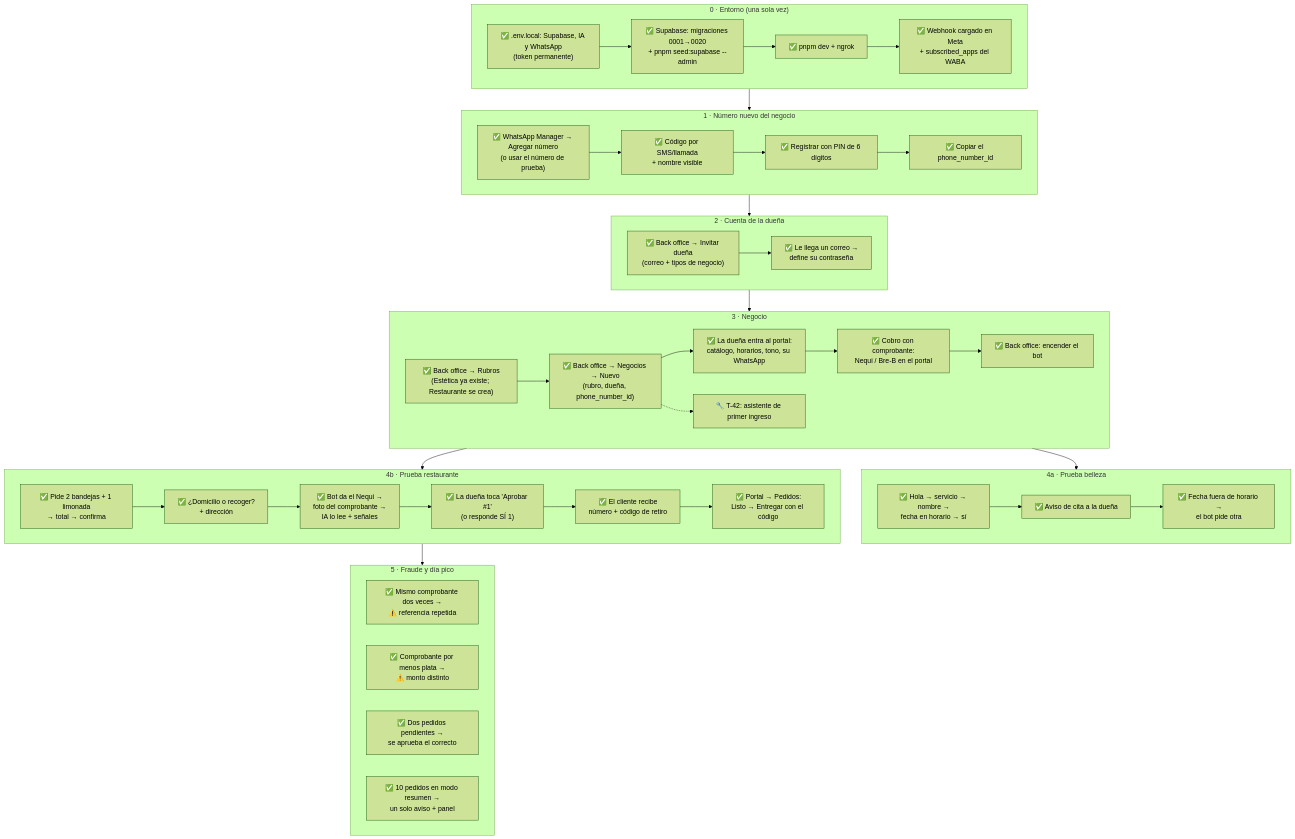
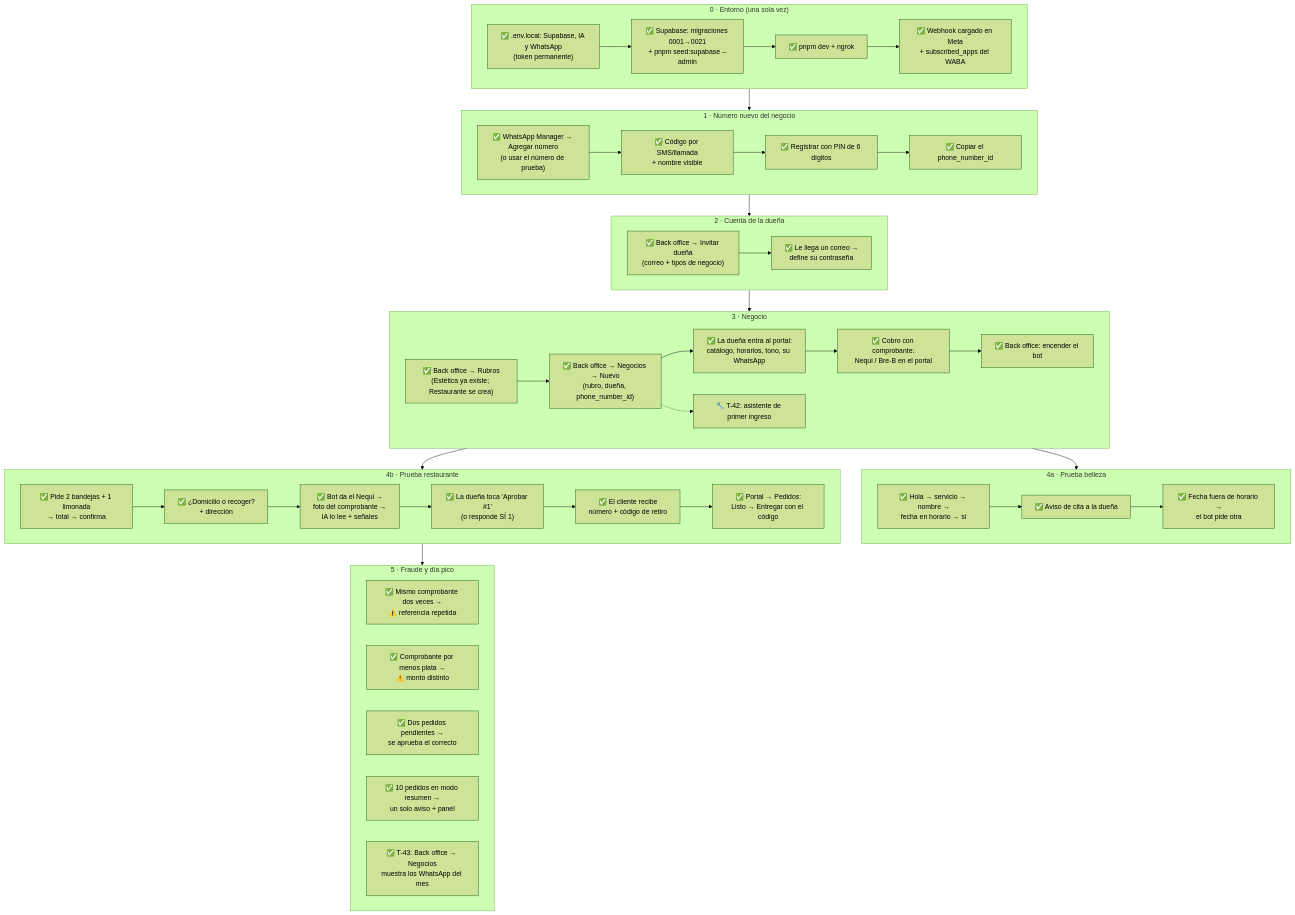
One commit to daniell41-dev/client-automation-bot changed the diagram in docs/17-prueba-local.md. Above: the diagram before and after it, drawn with Mermaid (forest theme). The commit also changed other lines of this file and 16 other files, not shown here.

First line of the commit message:
feat(T-43): medidor de mensajes de WhatsApp por negocio y mes

````diff
--- a/docs/17-prueba-local.md
+++ b/docs/17-prueba-local.md
@@ -18,54 +18,55 @@
 ```mermaid
 flowchart TD
   subgraph E["0 · Entorno (una sola vez)"]
-    E1["✅ .env.local: Supabase, IA y WhatsApp<br/>(token permanente)"] --> E2["✅ Supabase: migraciones 0001→0020<br/>+ pnpm seed:supabase --admin"]
+    E1["✅ .env.local: Supabase, IA y WhatsApp<br/>(token permanente)"] --> E2["✅ Supabase: migraciones 0001→0021<br/>+ pnpm seed:supabase --admin"]
     E2 --> E3["✅ pnpm dev + ngrok"]
     E3 --> E4["✅ Webhook cargado en Meta<br/>+ subscribed_apps del WABA"]
   end
 
   subgraph T["1 · Número nuevo del negocio"]
     T1["✅ WhatsApp Manager → Agregar número<br/>(o usar el número de prueba)"] --> T2["✅ Código por SMS/llamada<br/>+ nombre visible"]
     T2 --> T3["✅ Registrar con PIN de 6 dígitos"]
     T3 --> T4["✅ Copiar el phone_number_id"]
   end
 
   subgraph U["2 · Cuenta de la dueña"]
     U1["✅ Back office → Invitar dueña<br/>(correo + tipos de negocio)"]
     U2["✅ Le llega un correo →<br/>define su contraseña"]
     U1 --> U2
   end
 
   subgraph N["3 · Negocio"]
     N0["✅ Back office → Rubros<br/>(Estética ya existe; Restaurante se crea)"] --> N1["✅ Back office → Negocios → Nuevo<br/>(rubro, dueña, phone_number_id)"]
     N1 --> N2["✅ La dueña entra al portal:<br/>catálogo, horarios, tono, su WhatsApp"]
     N2 --> N3["✅ Cobro con comprobante:<br/>Nequi / Bre-B en el portal"]
     N3 --> N5["✅ Back office: encender el bot"]
     N4["🔧 T-42: asistente de primer ingreso"]
     N1 -.-> N4
   end
 
   subgraph B["4a · Prueba belleza"]
     B1["✅ Hola → servicio → nombre →<br/>fecha en horario → sí"] --> B2["✅ Aviso de cita a la dueña"]
     B2 --> B3["✅ Fecha fuera de horario →<br/>el bot pide otra"]
   end
 
   subgraph R["4b · Prueba restaurante"]
     R1["✅ Pide 2 bandejas + 1 limonada<br/>→ total → confirma"] --> R2["✅ ¿Domicilio o recoger?<br/>+ dirección"]
     R2 --> R3["✅ Bot da el Nequi →<br/>foto del comprobante →<br/>IA lo lee + señales"]
     R3 --> R4["✅ La dueña toca 'Aprobar #1'<br/>(o responde SÍ 1)"]
     R4 --> R5["✅ El cliente recibe<br/>número + código de retiro"]
     R5 --> R6["✅ Portal → Pedidos:<br/>Listo → Entregar con el código"]
   end
 
   subgraph F["5 · Fraude y día pico"]
     F1["✅ Mismo comprobante dos veces →<br/>⚠️ referencia repetida"]
     F2["✅ Comprobante por menos plata →<br/>⚠️ monto distinto"]
     F3["✅ Dos pedidos pendientes →<br/>se aprueba el correcto"]
     F4["✅ 10 pedidos en modo resumen →<br/>un solo aviso + panel"]
+    F5["✅ T-43: Back office → Negocios<br/>muestra los WhatsApp del mes"]
   end
 
   E --> T --> U --> N
   N --> B
   N --> R
   R --> F
 ```
````
